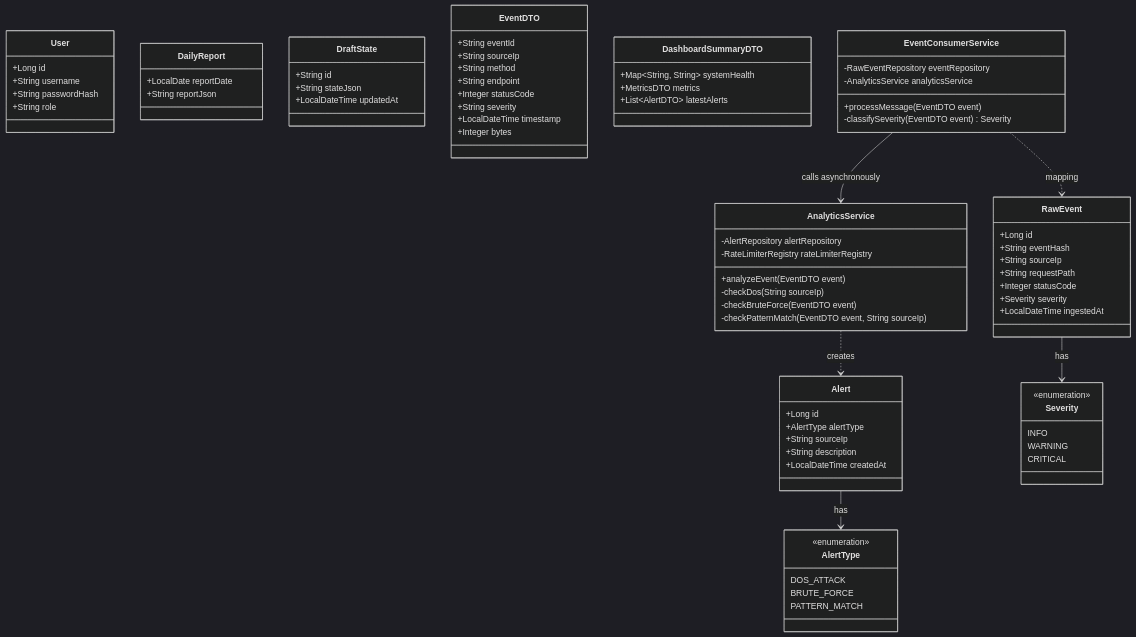
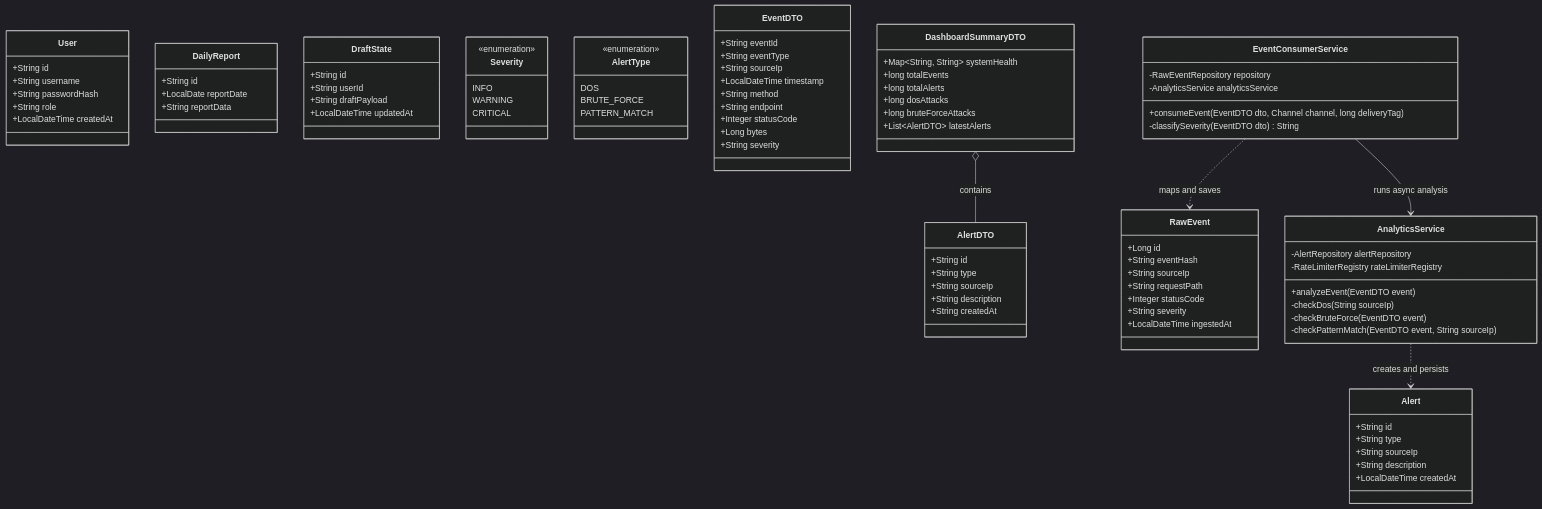
Before and after one commit to ZGr3Y/sentinel-distributed-siem: the diagram in docs/uml/Class_UML.md, drawn with Mermaid (dark theme). The commit also changed other lines of this file and 7 other files, not shown here.

Commit message:
docs: add project guidelines covering architecture, build, test, coding conventions, and pitfalls

````diff
--- a/docs/uml/Class_UML.md
+++ b/docs/uml/Class_UML.md
@@ -11,47 +11,50 @@
         +String sourceIp
         +String requestPath
         +Integer statusCode
-        +Severity severity
+        +String severity
         +LocalDateTime ingestedAt
     }
-    
+
     class Alert {
-        +Long id
-        +AlertType alertType
+        +String id
+        +String type
         +String sourceIp
         +String description
         +LocalDateTime createdAt
     }
-    
+
     class User {
-        +Long id
+        +String id
         +String username
         +String passwordHash
         +String role
+        +LocalDateTime createdAt
     }
-    
+
     class DailyReport {
+        +String id
         +LocalDate reportDate
-        +String reportJson
+        +String reportData
     }
 
     class DraftState {
         +String id
-        +String stateJson
+        +String userId
+        +String draftPayload
         +LocalDateTime updatedAt
     }
-    
-    %% Enums
+
+    %% Conceptual enums (defined in codebase, values used as strings in entities)
     class Severity {
         <<enumeration>>
         INFO
         WARNING
         CRITICAL
     }
-    
+
     class AlertType {
         <<enumeration>>
-        DOS_ATTACK
+        DOS
         BRUTE_FORCE
         PATTERN_MATCH
     }
@@ -59,25 +62,33 @@
     %% DTOs
     class EventDTO {
         +String eventId
+        +String eventType
         +String sourceIp
+        +LocalDateTime timestamp
         +String method
         +String endpoint
         +Integer statusCode
+        +Long bytes
         +String severity
-        +LocalDateTime timestamp
-        +Integer bytes
     }
-    
+
     class DashboardSummaryDTO {
         +Map~String, String~ systemHealth
-        +MetricsDTO metrics
+        +long totalEvents
+        +long totalAlerts
+        +long dosAttacks
+        +long bruteForceAttacks
         +List~AlertDTO~ latestAlerts
     }
 
-    %% Relationships
-    RawEvent --> Severity : has
-    Alert --> AlertType : has
-    
+    class AlertDTO {
+        +String id
+        +String type
+        +String sourceIp
+        +String description
+        +String createdAt
+    }
+
     %% Core Services
     class AnalyticsService {
         -AlertRepository alertRepository
@@ -87,16 +98,17 @@
         -checkBruteForce(EventDTO event)
         -checkPatternMatch(EventDTO event, String sourceIp)
     }
-    
+
     class EventConsumerService {
-        -RawEventRepository eventRepository
+        -RawEventRepository repository
         -AnalyticsService analyticsService
-        +processMessage(EventDTO event)
-        -classifySeverity(EventDTO event) Severity
+        +consumeEvent(EventDTO dto, Channel channel, long deliveryTag)
+        -classifySeverity(EventDTO dto) String
     }
-    
-    %% Dependencies
-    EventConsumerService ..> RawEvent : mapping
-    EventConsumerService --> AnalyticsService : calls asynchronously
-    AnalyticsService ..> Alert : creates
+
+    %% Relationships
+    DashboardSummaryDTO o-- AlertDTO : contains
+    EventConsumerService ..> RawEvent : maps and saves
+    EventConsumerService --> AnalyticsService : runs async analysis
+    AnalyticsService ..> Alert : creates and persists
 ```
````
